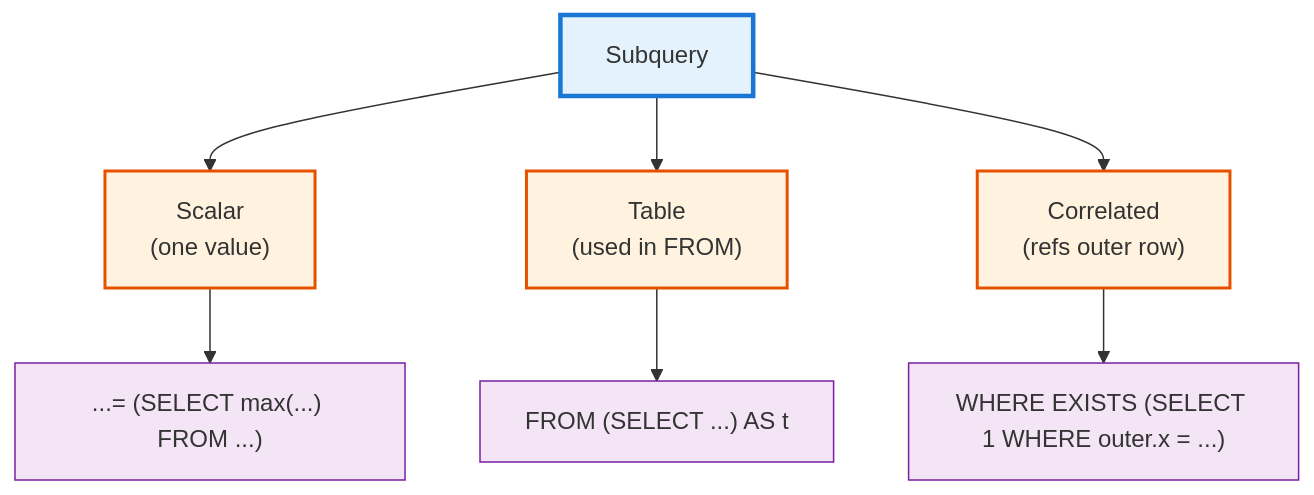
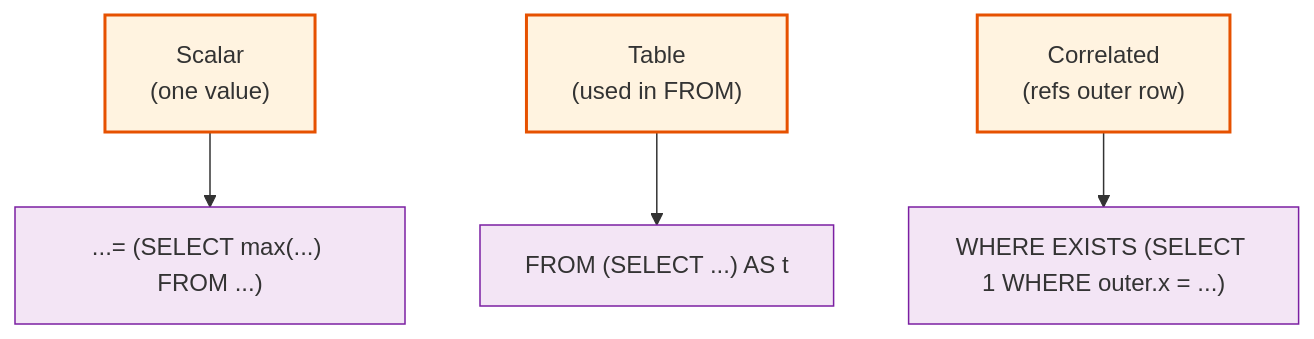
The third of 3 diagrams in lecture-outlines/day13-subqueries/slides.md (ufdatastudio/cop5725fa26), drawn with Mermaid before and after one commit. The commit also changed other lines of this file and 50 other files, not shown here.

````diff
--- a/lecture-outlines/day13-subqueries/slides.md
+++ b/lecture-outlines/day13-subqueries/slides.md
@@ -87,15 +87,10 @@
 ```mermaid
 graph TB
-  S["Subquery"] --> SC["Scalar<br/>(one value)"]
-  S --> T["Table<br/>(used in FROM)"]
-  S --> C["Correlated<br/>(refs outer row)"]
-  SC --> SCEx["...= (SELECT max(...) FROM ...)"]
-  T --> TEx["FROM (SELECT ...) AS t"]
-  C --> CEx["WHERE EXISTS (SELECT 1 WHERE outer.x = ...)"]
-  classDef root fill:#e3f2fd,stroke:#1976d2,stroke-width:3px
+  SC["Scalar<br/>(one value)"] --> SCEx["...= (SELECT max(...) FROM ...)"]
+  T["Table<br/>(used in FROM)"] --> TEx["FROM (SELECT ...) AS t"]
+  C["Correlated<br/>(refs outer row)"] --> CEx["WHERE EXISTS (SELECT 1 WHERE outer.x = ...)"]
   classDef kind fill:#fff3e0,stroke:#e65100,stroke-width:2px
   classDef ex fill:#f3e5f5,stroke:#7b1fa2,stroke-width:1px
-  class S root
   class SC,T,C kind
   class SCEx,TEx,CEx ex
 ```
````
